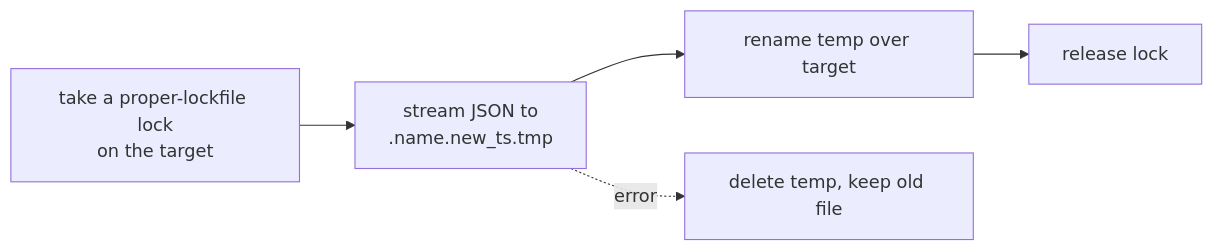
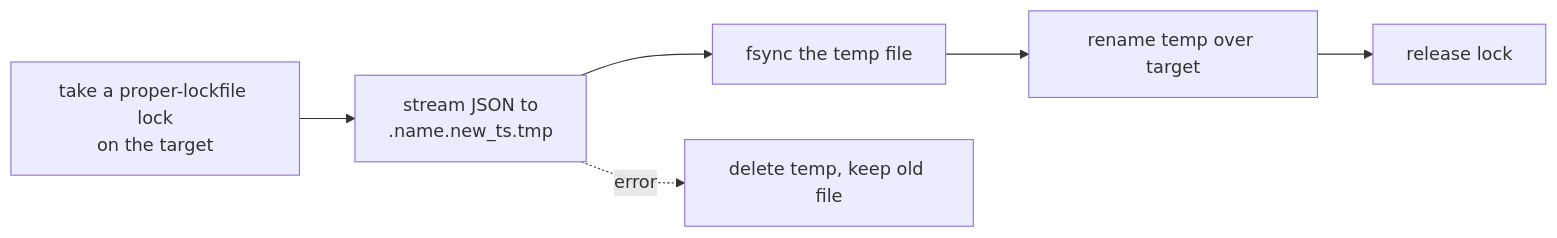
The second of 2 diagrams in docs/06-persistence.md (krzychdre/Tumble-Code), drawn with Mermaid before and after one commit. The commit also changed other lines of this file and 2 other files, not shown here.

First line of the commit message:
docs: describe the R1-R5 resilience changes and update the roadmap status

````diff
--- a/docs/06-persistence.md
+++ b/docs/06-persistence.md
@@ -44,7 +44,8 @@
 ```mermaid
 flowchart LR
   L[take a proper-lockfile lock<br/>on the target] --> W[stream JSON to<br/>.name.new_ts.tmp]
-  W --> R[rename temp over target]
+  W --> S[fsync the temp file]
+  S --> R[rename temp over target]
   R --> U[release lock]
   W -. error .-> D[delete temp, keep old file]
 ```
````
